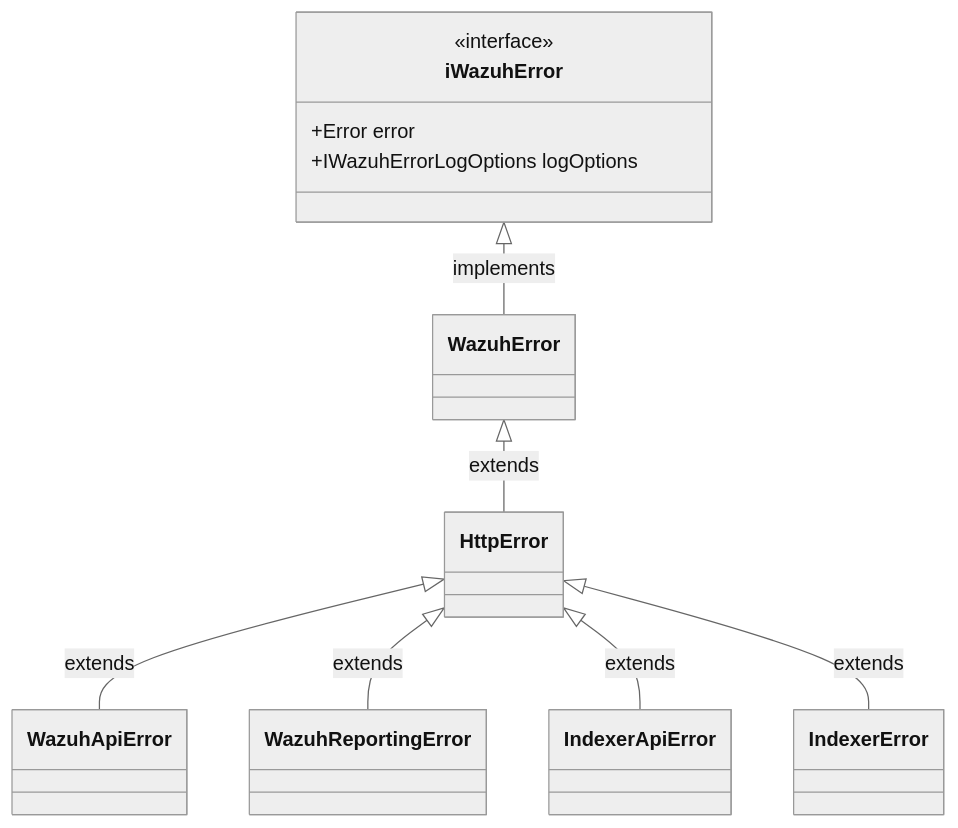
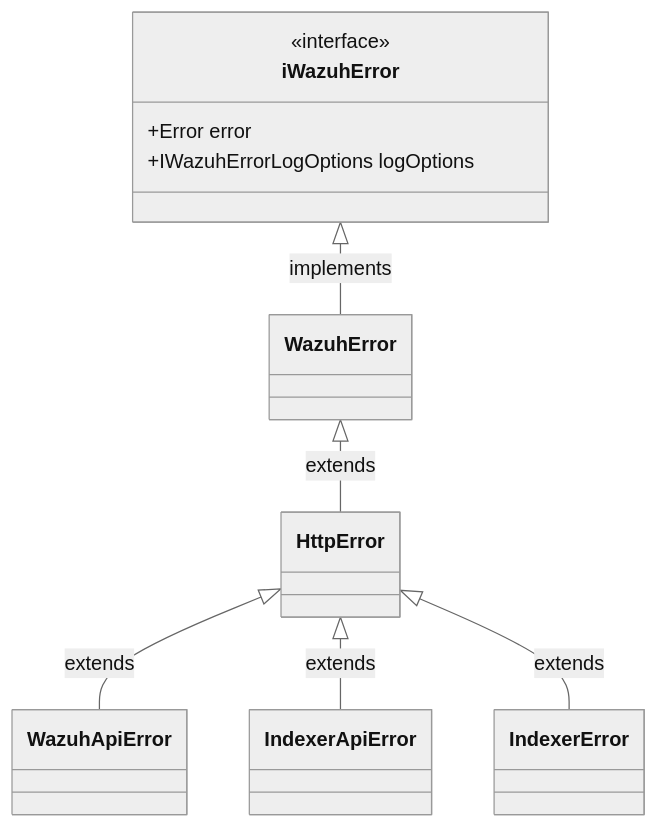
The second of 2 diagrams in plugins/main/public/react-services/error-management/docs/README.md (wazuh/wazuh-dashboard-plugins), drawn with Mermaid (neutral theme) before and after one commit. The commit also changed other lines of this file and 80 other files, not shown here.

First line of the commit message:
Remove Wazuh reporting module and associated migration tasks

````diff
--- a/plugins/main/public/react-services/error-management/docs/README.md
+++ b/plugins/main/public/react-services/error-management/docs/README.md
@@ -134,17 +132,16 @@
 ```mermaid
 classDiagram
 
 class iWazuhError {
     <<interface>>
     +Error error
     +IWazuhErrorLogOptions logOptions
 }
 
 iWazuhError <|-- WazuhError : implements
 WazuhError <|-- HttpError : extends
 HttpError <|-- WazuhApiError : extends
-HttpError <|-- WazuhReportingError : extends
 HttpError <|-- IndexerApiError : extends
 HttpError <|-- IndexerError : extends
 
 ```
````
